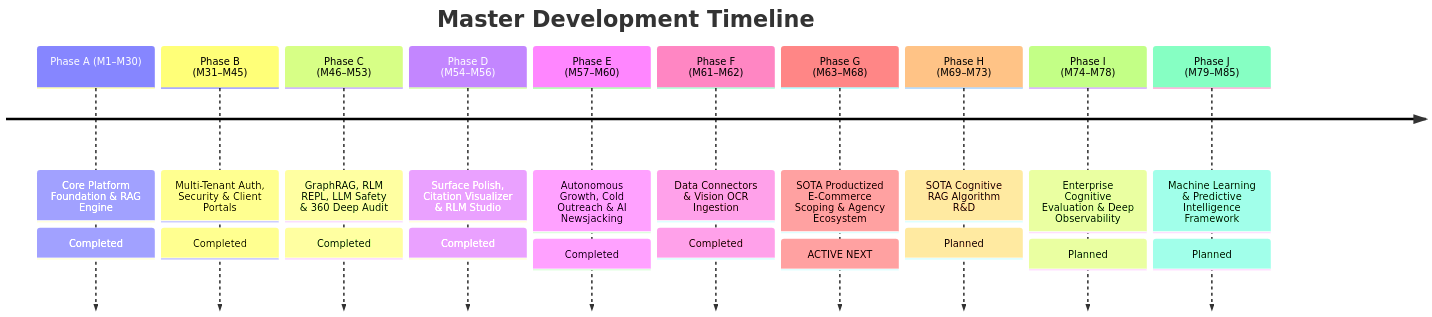
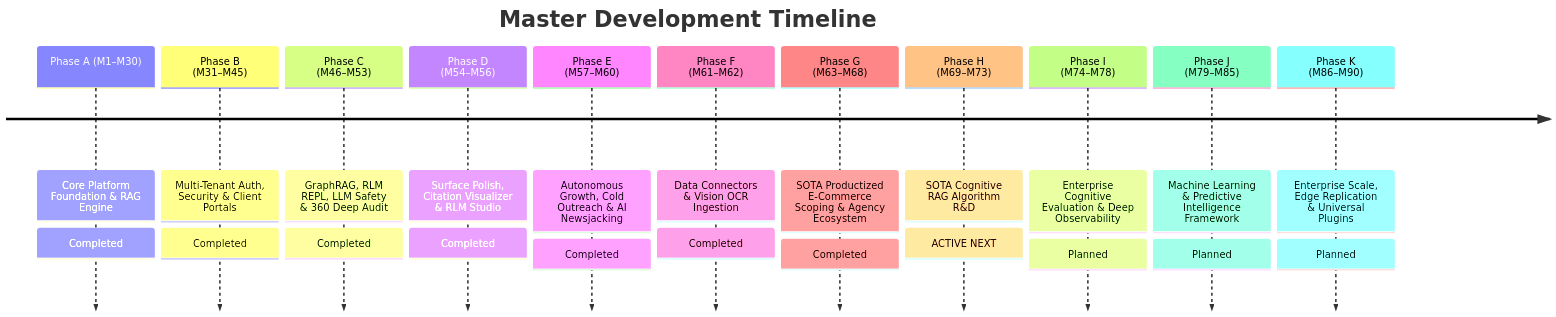
One commit to prat3010/Prateek_website changed the diagram in ROADMAP.md. Above: the diagram before and after it, drawn with Mermaid. The commit also changed other lines of this file and 18 other files, not shown here.

First line of the commit message:
feat: implement Milestones 69-72 frontend & roadmap synchronization

````diff
--- a/ROADMAP.md
+++ b/ROADMAP.md
@@ -10,14 +10,15 @@
 ```mermaid
 timeline
     title Master Development Timeline
     Phase A (M1–M30) : Core Platform Foundation & RAG Engine : Completed
     Phase B (M31–M45) : Multi-Tenant Auth, Security & Client Portals : Completed
     Phase C (M46–M53) : GraphRAG, RLM REPL, LLM Safety & 360 Deep Audit : Completed
     Phase D (M54–M56) : Surface Polish, Citation Visualizer & RLM Studio : Completed
     Phase E (M57–M60) : Autonomous Growth, Cold Outreach & AI Newsjacking : Completed
     Phase F (M61–M62) : Data Connectors & Vision OCR Ingestion : Completed
-    Phase G (M63–M68) : SOTA Productized E-Commerce Scoping & Agency Ecosystem : ACTIVE NEXT
-    Phase H (M69–M73) : SOTA Cognitive RAG Algorithm R&D : Planned
+    Phase G (M63–M68) : SOTA Productized E-Commerce Scoping & Agency Ecosystem : Completed
+    Phase H (M69–M73) : SOTA Cognitive RAG Algorithm R&D : ACTIVE NEXT
     Phase I (M74–M78) : Enterprise Cognitive Evaluation & Deep Observability : Planned
     Phase J (M79–M85) : Machine Learning & Predictive Intelligence Framework : Planned
+    Phase K (M86–M90) : Enterprise Scale, Edge Replication & Universal Plugins : Planned
 ```
````
